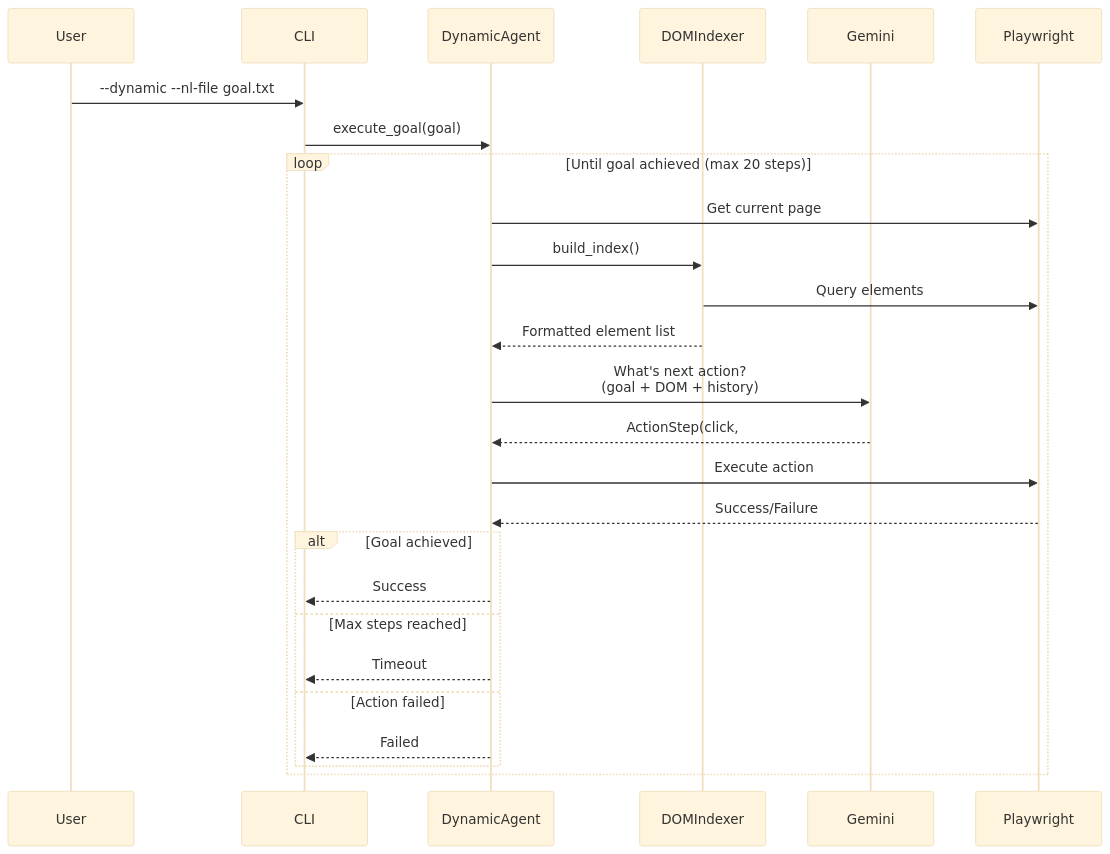
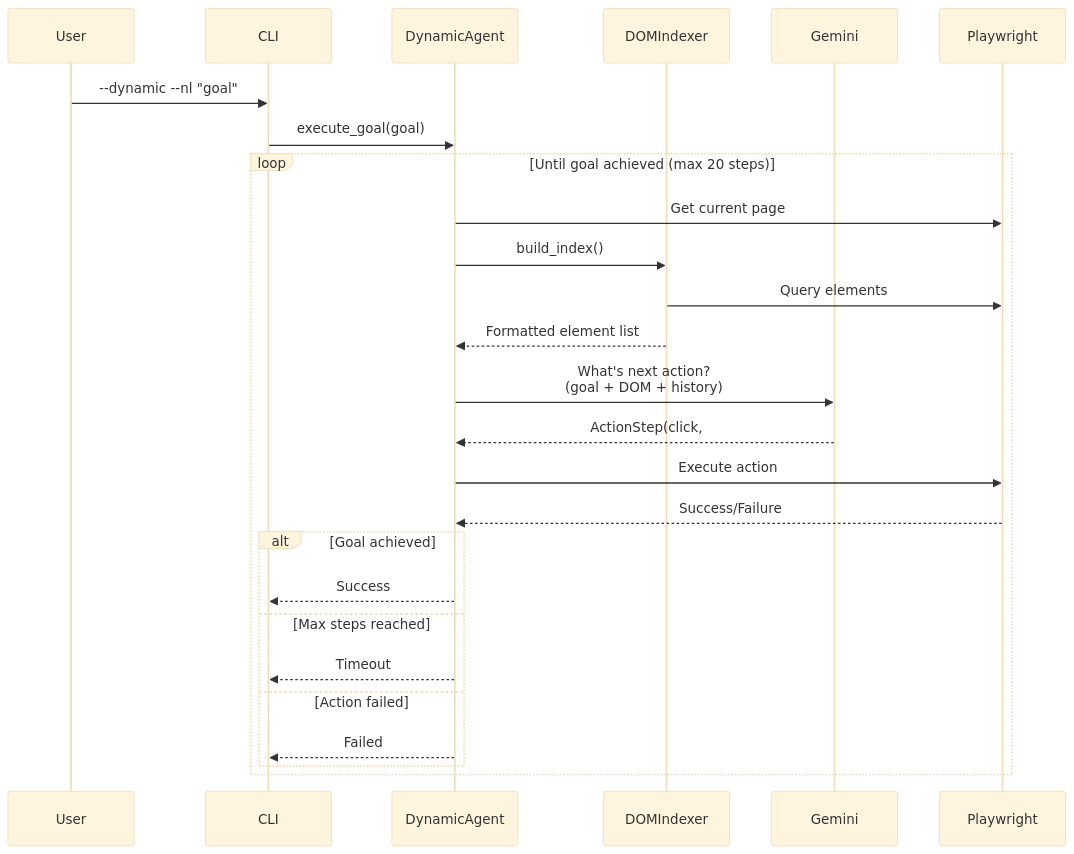
Before and after one commit to BoraTumer/ui-test-agent: the fourth of 15 diagrams in ARCHITECTURE.md, drawn with Mermaid (base theme). The commit also changed other lines of this file and 10 other files, not shown here.

````diff
--- a/ARCHITECTURE.md
+++ b/ARCHITECTURE.md
@@ -156,33 +145,33 @@
 ```mermaid
 sequenceDiagram
     participant User
     participant CLI
     participant DynamicAgent
     participant DOMIndexer
     participant Gemini
     participant Playwright
     
-    User->>CLI: --dynamic --nl-file goal.txt
+    User->>CLI: --dynamic --nl "goal"
     CLI->>DynamicAgent: execute_goal(goal)
     
     loop Until goal achieved (max 20 steps)
         DynamicAgent->>Playwright: Get current page
         DynamicAgent->>DOMIndexer: build_index()
         DOMIndexer->>Playwright: Query elements
         DOMIndexer-->>DynamicAgent: Formatted element list
         
         DynamicAgent->>Gemini: What's next action?<br/>(goal + DOM + history)
         Gemini-->>DynamicAgent: ActionStep(click, #btn)
         
         DynamicAgent->>Playwright: Execute action
         Playwright-->>DynamicAgent: Success/Failure
         
         alt Goal achieved
             DynamicAgent-->>CLI: Success
         else Max steps reached
             DynamicAgent-->>CLI: Timeout
         else Action failed
             DynamicAgent-->>CLI: Failed
         end
     end
 ```
````
